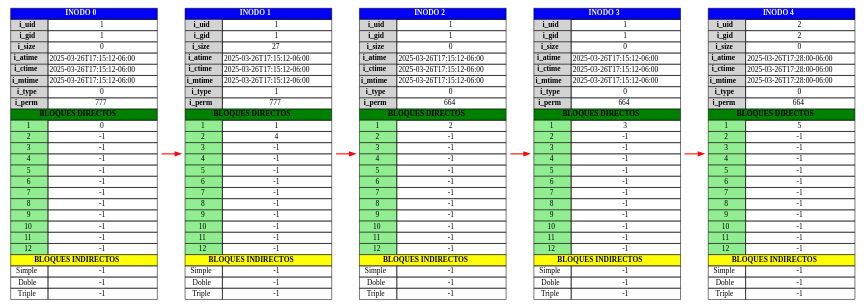
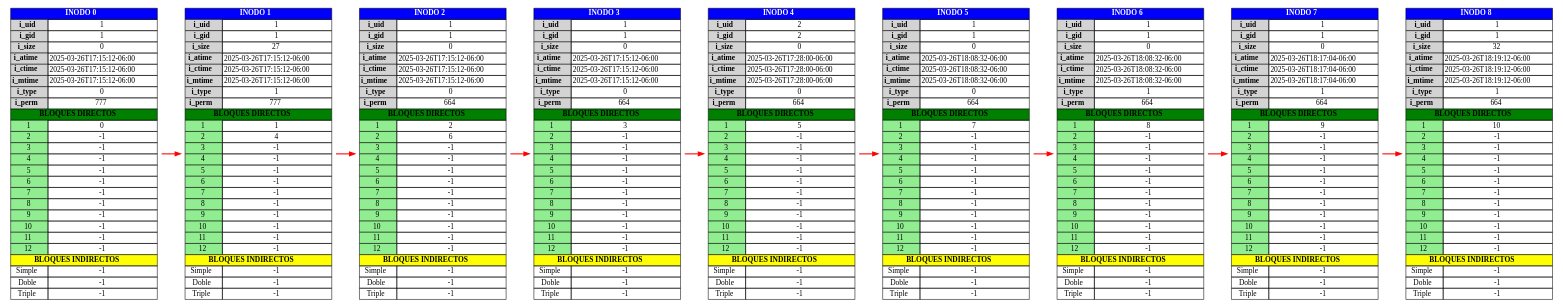
The diagram in backend/output/report_inode.dot (AbdielOtzoy/MIA_1S2025_P1_202300350), drawn with Graphviz before and after one commit. The commit also changed 10 other files, not shown here.

```diff
--- a/backend/output/report_inode.dot
+++ b/backend/output/report_inode.dot
@@ -51,7 +51,7 @@
                 <tr><td bgcolor="lightgray"><b>i_type</b></td><td>0</td></tr>
                 <tr><td bgcolor="lightgray"><b>i_perm</b></td><td>664</td></tr>
                 <tr><td colspan="2" bgcolor="green"><b>BLOQUES DIRECTOS</b></td></tr>
-            <tr><td bgcolor='lightgreen'>1</td><td>2</td></tr><tr><td bgcolor='lightgreen'>2</td><td>-1</td></tr><tr><td bgcolor='lightgreen'>3</td><td>-1</td></tr><tr><td bgcolor='lightgreen'>4</td><td>-1</td></tr><tr><td bgcolor='lightgreen'>5</td><td>-1</td></tr><tr><td bgcolor='lightgreen'>6</td><td>-1</td></tr><tr><td bgcolor='lightgreen'>7</td><td>-1</td></tr><tr><td bgcolor='lightgreen'>8</td><td>-1</td></tr><tr><td bgcolor='lightgreen'>9</td><td>-1</td></tr><tr><td bgcolor='lightgreen'>10</td><td>-1</td></tr><tr><td bgcolor='lightgreen'>11</td><td>-1</td></tr><tr><td bgcolor='lightgreen'>12</td><td>-1</td></tr>
+            <tr><td bgcolor='lightgreen'>1</td><td>2</td></tr><tr><td bgcolor='lightgreen'>2</td><td>6</td></tr><tr><td bgcolor='lightgreen'>3</td><td>-1</td></tr><tr><td bgcolor='lightgreen'>4</td><td>-1</td></tr><tr><td bgcolor='lightgreen'>5</td><td>-1</td></tr><tr><td bgcolor='lightgreen'>6</td><td>-1</td></tr><tr><td bgcolor='lightgreen'>7</td><td>-1</td></tr><tr><td bgcolor='lightgreen'>8</td><td>-1</td></tr><tr><td bgcolor='lightgreen'>9</td><td>-1</td></tr><tr><td bgcolor='lightgreen'>10</td><td>-1</td></tr><tr><td bgcolor='lightgreen'>11</td><td>-1</td></tr><tr><td bgcolor='lightgreen'>12</td><td>-1</td></tr>
                 <tr><td colspan="2" bgcolor="yellow"><b>BLOQUES INDIRECTOS</b></td></tr>
                 <tr><td>Simple</td><td>-1</td></tr>
                 <tr><td>Doble</td><td>-1</td></tr>
@@ -95,4 +95,80 @@
                 <tr><td>Doble</td><td>-1</td></tr>
                 <tr><td>Triple</td><td>-1</td></tr>
             </table>>];
+        inode4 -> inode5 [color=red, penwidth=2];
+inode5 [label=<
+            <table border="0" cellborder="1" cellspacing="0">
+                <tr><td colspan="2" bgcolor="blue"><font color="white"><b>INODO 5</b></font></td></tr>
+                <tr><td bgcolor="lightgray"><b>i_uid</b></td><td>1</td></tr>
+                <tr><td bgcolor="lightgray"><b>i_gid</b></td><td>1</td></tr>
+                <tr><td bgcolor="lightgray"><b>i_size</b></td><td>0</td></tr>
+                <tr><td bgcolor="lightgray"><b>i_atime</b></td><td>2025-03-26T18:08:32-06:00</td></tr>
+                <tr><td bgcolor="lightgray"><b>i_ctime</b></td><td>2025-03-26T18:08:32-06:00</td></tr>
+                <tr><td bgcolor="lightgray"><b>i_mtime</b></td><td>2025-03-26T18:08:32-06:00</td></tr>
+                <tr><td bgcolor="lightgray"><b>i_type</b></td><td>0</td></tr>
+                <tr><td bgcolor="lightgray"><b>i_perm</b></td><td>664</td></tr>
+                <tr><td colspan="2" bgcolor="green"><b>BLOQUES DIRECTOS</b></td></tr>
+            <tr><td bgcolor='lightgreen'>1</td><td>7</td></tr><tr><td bgcolor='lightgreen'>2</td><td>-1</td></tr><tr><td bgcolor='lightgreen'>3</td><td>-1</td></tr><tr><td bgcolor='lightgreen'>4</td><td>-1</td></tr><tr><td bgcolor='lightgreen'>5</td><td>-1</td></tr><tr><td bgcolor='lightgreen'>6</td><td>-1</td></tr><tr><td bgcolor='lightgreen'>7</td><td>-1</td></tr><tr><td bgcolor='lightgreen'>8</td><td>-1</td></tr><tr><td bgcolor='lightgreen'>9</td><td>-1</td></tr><tr><td bgcolor='lightgreen'>10</td><td>-1</td></tr><tr><td bgcolor='lightgreen'>11</td><td>-1</td></tr><tr><td bgcolor='lightgreen'>12</td><td>-1</td></tr>
+                <tr><td colspan="2" bgcolor="yellow"><b>BLOQUES INDIRECTOS</b></td></tr>
+                <tr><td>Simple</td><td>-1</td></tr>
+                <tr><td>Doble</td><td>-1</td></tr>
+                <tr><td>Triple</td><td>-1</td></tr>
+            </table>>];
+        inode5 -> inode6 [color=red, penwidth=2];
+inode6 [label=<
+            <table border="0" cellborder="1" cellspacing="0">
+                <tr><td colspan="2" bgcolor="blue"><font color="white"><b>INODO 6</b></font></td></tr>
+                <tr><td bgcolor="lightgray"><b>i_uid</b></td><td>1</td></tr>
+                <tr><td bgcolor="lightgray"><b>i_gid</b></td><td>1</td></tr>
+                <tr><td bgcolor="lightgray"><b>i_size</b></td><td>0</td></tr>
+                <tr><td bgcolor="lightgray"><b>i_atime</b></td><td>2025-03-26T18:08:32-06:00</td></tr>
+                <tr><td bgcolor="lightgray"><b>i_ctime</b></td><td>2025-03-26T18:08:32-06:00</td></tr>
+                <tr><td bgcolor="lightgray"><b>i_mtime</b></td><td>2025-03-26T18:08:32-06:00</td></tr>
+                <tr><td bgcolor="lightgray"><b>i_type</b></td><td>1</td></tr>
+                <tr><td bgcolor="lightgray"><b>i_perm</b></td><td>664</td></tr>
+                <tr><td colspan="2" bgcolor="green"><b>BLOQUES DIRECTOS</b></td></tr>
+            <tr><td bgcolor='lightgreen'>1</td><td>8</td></tr><tr><td bgcolor='lightgreen'>2</td><td>-1</td></tr><tr><td bgcolor='lightgreen'>3</td><td>-1</td></tr><tr><td bgcolor='lightgreen'>4</td><td>-1</td></tr><tr><td bgcolor='lightgreen'>5</td><td>-1</td></tr><tr><td bgcolor='lightgreen'>6</td><td>-1</td></tr><tr><td bgcolor='lightgreen'>7</td><td>-1</td></tr><tr><td bgcolor='lightgreen'>8</td><td>-1</td></tr><tr><td bgcolor='lightgreen'>9</td><td>-1</td></tr><tr><td bgcolor='lightgreen'>10</td><td>-1</td></tr><tr><td bgcolor='lightgreen'>11</td><td>-1</td></tr><tr><td bgcolor='lightgreen'>12</td><td>-1</td></tr>
+                <tr><td colspan="2" bgcolor="yellow"><b>BLOQUES INDIRECTOS</b></td></tr>
+                <tr><td>Simple</td><td>-1</td></tr>
+                <tr><td>Doble</td><td>-1</td></tr>
+                <tr><td>Triple</td><td>-1</td></tr>
+            </table>>];
+        inode6 -> inode7 [color=red, penwidth=2];
+inode7 [label=<
+            <table border="0" cellborder="1" cellspacing="0">
+                <tr><td colspan="2" bgcolor="blue"><font color="white"><b>INODO 7</b></font></td></tr>
+                <tr><td bgcolor="lightgray"><b>i_uid</b></td><td>1</td></tr>
+                <tr><td bgcolor="lightgray"><b>i_gid</b></td><td>1</td></tr>
+                <tr><td bgcolor="lightgray"><b>i_size</b></td><td>0</td></tr>
+                <tr><td bgcolor="lightgray"><b>i_atime</b></td><td>2025-03-26T18:17:04-06:00</td></tr>
+                <tr><td bgcolor="lightgray"><b>i_ctime</b></td><td>2025-03-26T18:17:04-06:00</td></tr>
+                <tr><td bgcolor="lightgray"><b>i_mtime</b></td><td>2025-03-26T18:17:04-06:00</td></tr>
+                <tr><td bgcolor="lightgray"><b>i_type</b></td><td>1</td></tr>
+                <tr><td bgcolor="lightgray"><b>i_perm</b></td><td>664</td></tr>
+                <tr><td colspan="2" bgcolor="green"><b>BLOQUES DIRECTOS</b></td></tr>
+            <tr><td bgcolor='lightgreen'>1</td><td>9</td></tr><tr><td bgcolor='lightgreen'>2</td><td>-1</td></tr><tr><td bgcolor='lightgreen'>3</td><td>-1</td></tr><tr><td bgcolor='lightgreen'>4</td><td>-1</td></tr><tr><td bgcolor='lightgreen'>5</td><td>-1</td></tr><tr><td bgcolor='lightgreen'>6</td><td>-1</td></tr><tr><td bgcolor='lightgreen'>7</td><td>-1</td></tr><tr><td bgcolor='lightgreen'>8</td><td>-1</td></tr><tr><td bgcolor='lightgreen'>9</td><td>-1</td></tr><tr><td bgcolor='lightgreen'>10</td><td>-1</td></tr><tr><td bgcolor='lightgreen'>11</td><td>-1</td></tr><tr><td bgcolor='lightgreen'>12</td><td>-1</td></tr>
+                <tr><td colspan="2" bgcolor="yellow"><b>BLOQUES INDIRECTOS</b></td></tr>
+                <tr><td>Simple</td><td>-1</td></tr>
+                <tr><td>Doble</td><td>-1</td></tr>
+                <tr><td>Triple</td><td>-1</td></tr>
+            </table>>];
+        inode7 -> inode8 [color=red, penwidth=2];
+inode8 [label=<
+            <table border="0" cellborder="1" cellspacing="0">
+                <tr><td colspan="2" bgcolor="blue"><font color="white"><b>INODO 8</b></font></td></tr>
+                <tr><td bgcolor="lightgray"><b>i_uid</b></td><td>1</td></tr>
+                <tr><td bgcolor="lightgray"><b>i_gid</b></td><td>1</td></tr>
+                <tr><td bgcolor="lightgray"><b>i_size</b></td><td>32</td></tr>
+                <tr><td bgcolor="lightgray"><b>i_atime</b></td><td>2025-03-26T18:19:12-06:00</td></tr>
+                <tr><td bgcolor="lightgray"><b>i_ctime</b></td><td>2025-03-26T18:19:12-06:00</td></tr>
+                <tr><td bgcolor="lightgray"><b>i_mtime</b></td><td>2025-03-26T18:19:12-06:00</td></tr>
+                <tr><td bgcolor="lightgray"><b>i_type</b></td><td>1</td></tr>
+                <tr><td bgcolor="lightgray"><b>i_perm</b></td><td>664</td></tr>
+                <tr><td colspan="2" bgcolor="green"><b>BLOQUES DIRECTOS</b></td></tr>
+            <tr><td bgcolor='lightgreen'>1</td><td>10</td></tr><tr><td bgcolor='lightgreen'>2</td><td>-1</td></tr><tr><td bgcolor='lightgreen'>3</td><td>-1</td></tr><tr><td bgcolor='lightgreen'>4</td><td>-1</td></tr><tr><td bgcolor='lightgreen'>5</td><td>-1</td></tr><tr><td bgcolor='lightgreen'>6</td><td>-1</td></tr><tr><td bgcolor='lightgreen'>7</td><td>-1</td></tr><tr><td bgcolor='lightgreen'>8</td><td>-1</td></tr><tr><td bgcolor='lightgreen'>9</td><td>-1</td></tr><tr><td bgcolor='lightgreen'>10</td><td>-1</td></tr><tr><td bgcolor='lightgreen'>11</td><td>-1</td></tr><tr><td bgcolor='lightgreen'>12</td><td>-1</td></tr>
+                <tr><td colspan="2" bgcolor="yellow"><b>BLOQUES INDIRECTOS</b></td></tr>
+                <tr><td>Simple</td><td>-1</td></tr>
+                <tr><td>Doble</td><td>-1</td></tr>
+                <tr><td>Triple</td><td>-1</td></tr>
+            </table>>];
         }
```
